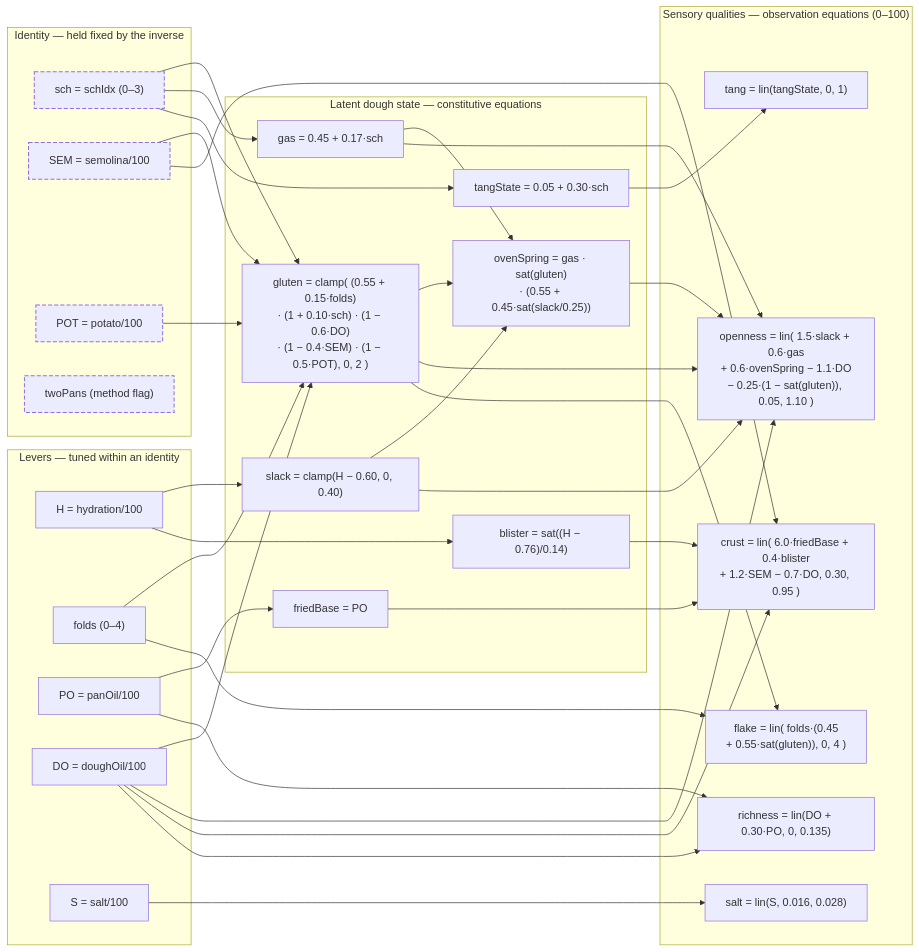
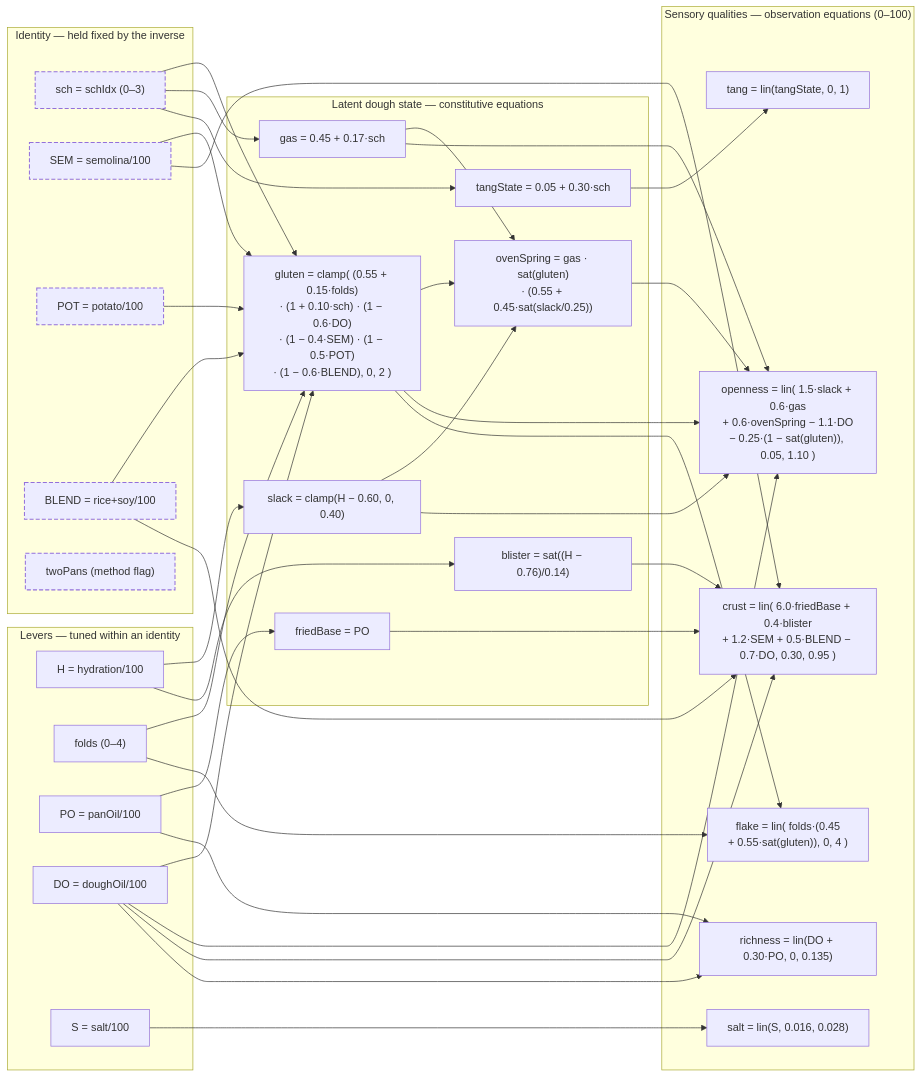
Before and after one commit to 4AM365/4AM365.github.io: the first of 2 diagrams in content/kitchen/focaccia-model.md, drawn with Mermaid. The commit also changed other lines of this file and 2 other files, not shown here.

Commit message:
widget: Add pinsa rice/soy flour blend (identity dimension) and a passata topping for the sauce focacce

````diff
--- a/content/kitchen/focaccia-model.md
+++ b/content/kitchen/focaccia-model.md
@@ -32,70 +32,73 @@
 ```mermaid
 graph LR
   subgraph ID["Identity — held fixed by the inverse"]
     sch["sch = schIdx  (0–3)"]
     SEM["SEM = semolina/100"]
     POT["POT = potato/100"]
+    BLEND["BLEND = rice+soy/100"]
     twoPans["twoPans  (method flag)"]
   end
   subgraph LV["Levers — tuned within an identity"]
     H["H = hydration/100"]
     folds["folds  (0–4)"]
     PO["PO = panOil/100"]
     DO["DO = doughOil/100"]
     S["S = salt/100"]
   end
 
   subgraph L1["Latent dough state — constitutive equations"]
     slack["slack = clamp(H − 0.60, 0, 0.40)"]
-    gluten["gluten = clamp( (0.55 + 0.15·folds)<br/>· (1 + 0.10·sch) · (1 − 0.6·DO)<br/>· (1 − 0.4·SEM) · (1 − 0.5·POT), 0, 2 )"]
+    gluten["gluten = clamp( (0.55 + 0.15·folds)<br/>· (1 + 0.10·sch) · (1 − 0.6·DO)<br/>· (1 − 0.4·SEM) · (1 − 0.5·POT)<br/>· (1 − 0.6·BLEND), 0, 2 )"]
     gas["gas = 0.45 + 0.17·sch"]
     tangState["tangState = 0.05 + 0.30·sch"]
     ovenSpring["ovenSpring = gas · sat(gluten)<br/>· (0.55 + 0.45·sat(slack/0.25))"]
     blister["blister = sat((H − 0.76)/0.14)"]
     friedBase["friedBase = PO"]
   end
 
   subgraph L2["Sensory qualities — observation equations (0–100)"]
     openness["openness = lin( 1.5·slack + 0.6·gas<br/>+ 0.6·ovenSpring − 1.1·DO<br/>− 0.25·(1 − sat(gluten)), 0.05, 1.10 )"]
     tang["tang = lin(tangState, 0, 1)"]
     flake["flake = lin( folds·(0.45<br/>+ 0.55·sat(gluten)), 0, 4 )"]
-    crust["crust = lin( 6.0·friedBase + 0.4·blister<br/>+ 1.2·SEM − 0.7·DO, 0.30, 0.95 )"]
+    crust["crust = lin( 6.0·friedBase + 0.4·blister<br/>+ 1.2·SEM + 0.5·BLEND − 0.7·DO, 0.30, 0.95 )"]
     richness["richness = lin(DO + 0.30·PO, 0, 0.135)"]
     salt["salt = lin(S, 0.016, 0.028)"]
   end
 
   %% recipe → latent (constitutive)
   H --> slack
   folds --> gluten
   sch --> gluten
   DO --> gluten
   SEM --> gluten
   POT --> gluten
+  BLEND --> gluten
   sch --> gas
   sch --> tangState
   gas --> ovenSpring
   gluten --> ovenSpring
   slack --> ovenSpring
   H --> blister
   PO --> friedBase
 
   %% latent (+ direct recipe terms) → qualities (observation)
   slack --> openness
   gas --> openness
   ovenSpring --> openness
   DO --> openness
   gluten --> openness
   tangState --> tang
   folds --> flake
   gluten --> flake
   friedBase --> crust
   blister --> crust
   SEM --> crust
+  BLEND --> crust
   DO --> crust
   DO --> richness
   PO --> richness
   S --> salt
 
   classDef identity stroke-dasharray:6 3,stroke-width:1.5px;
-  class sch,SEM,twoPans,POT identity;
+  class sch,SEM,twoPans,POT,BLEND identity;
 ```
````
